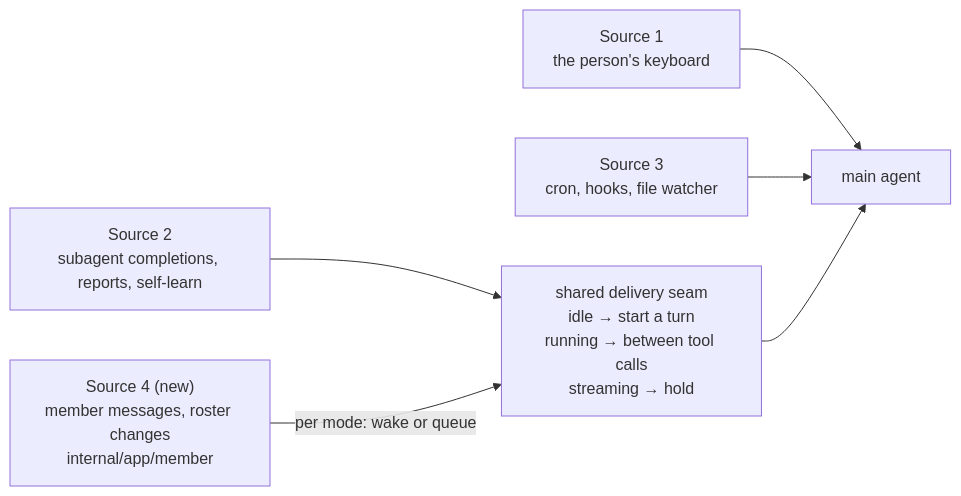
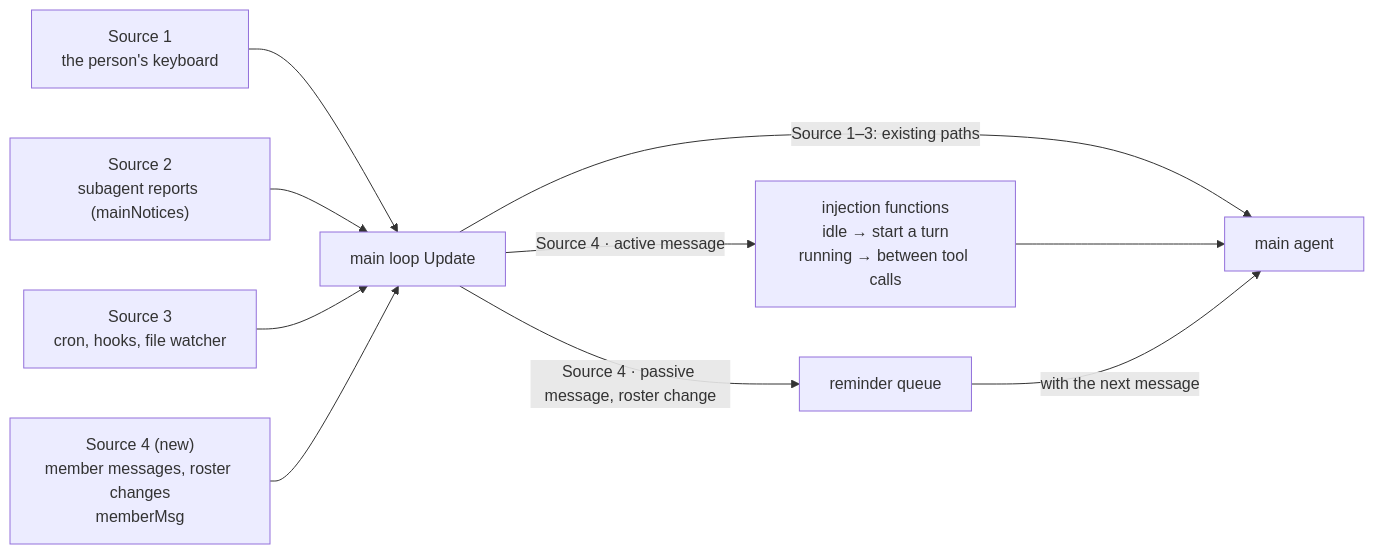
The fifth of 5 diagrams in docs/design/proposals/0003-session-groups.md (genai-io/san), drawn with Mermaid before and after one commit. The commit also changed other lines of this file and 1 other file, not shown here.

First line of the commit message:
docs(design): PROP-0003 — Source 4 enters the main loop on its own

````diff
--- a/docs/design/proposals/0003-session-groups.md
+++ b/docs/design/proposals/0003-session-groups.md
@@ -334,8 +338,10 @@
 ```mermaid
 flowchart LR
-    S1["Source 1<br/>the person's keyboard"] --> A
-    S2["Source 2<br/>subagent completions, reports, self-learn"] --> D
-    S3["Source 3<br/>cron, hooks, file watcher"] --> A
-    S4["Source 4 (new)<br/>member messages, roster changes<br/>internal/app/member"] -->|per mode: wake or queue| D
-    D["shared delivery seam<br/>idle → start a turn<br/>running → between tool calls<br/>streaming → hold"] --> A["main agent"]
+    S1["Source 1<br/>the person's keyboard"] --> U
+    S2["Source 2<br/>subagent reports (mainNotices)"] --> U
+    S3["Source 3<br/>cron, hooks, file watcher"] --> U
+    S4["Source 4 (new)<br/>member messages, roster changes<br/>memberMsg"] --> U
+    U["main loop Update"] -->|"Source 1–3: existing paths"| A["main agent"]
+    U -->|"Source 4 · active message"| I["injection functions<br/>idle → start a turn<br/>running → between tool calls"] --> A
+    U -->|"Source 4 · passive message, roster change"| Q["reminder queue"] -->|with the next message| A
 ```
````
